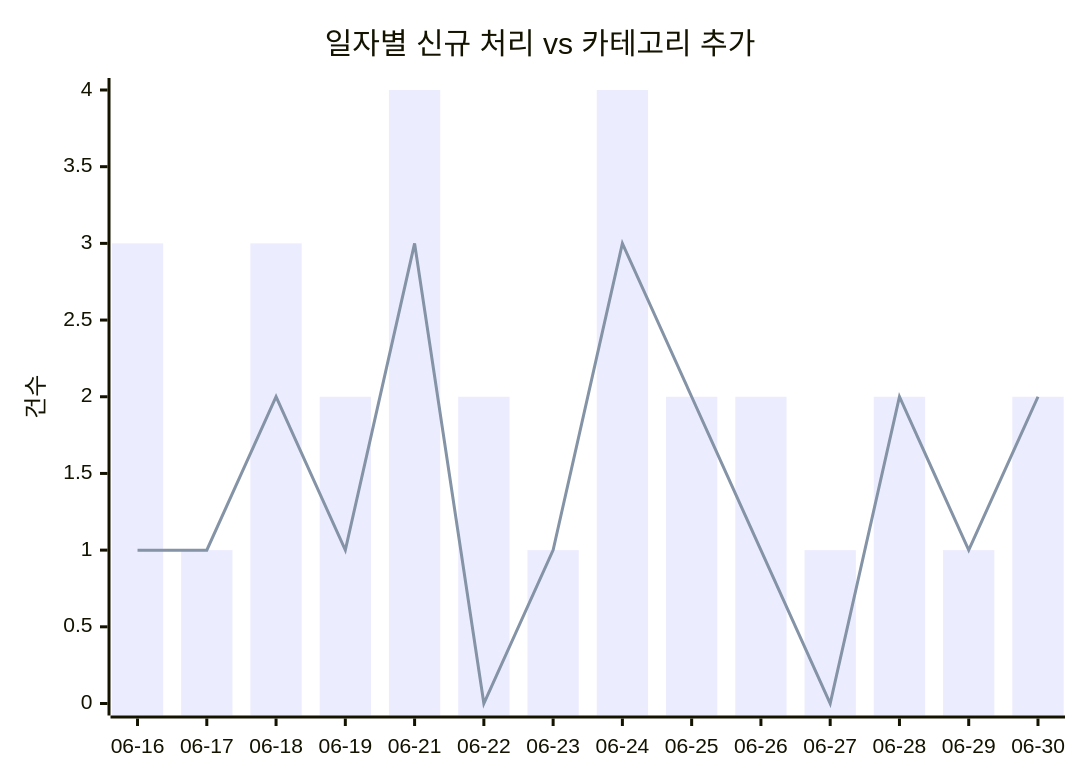
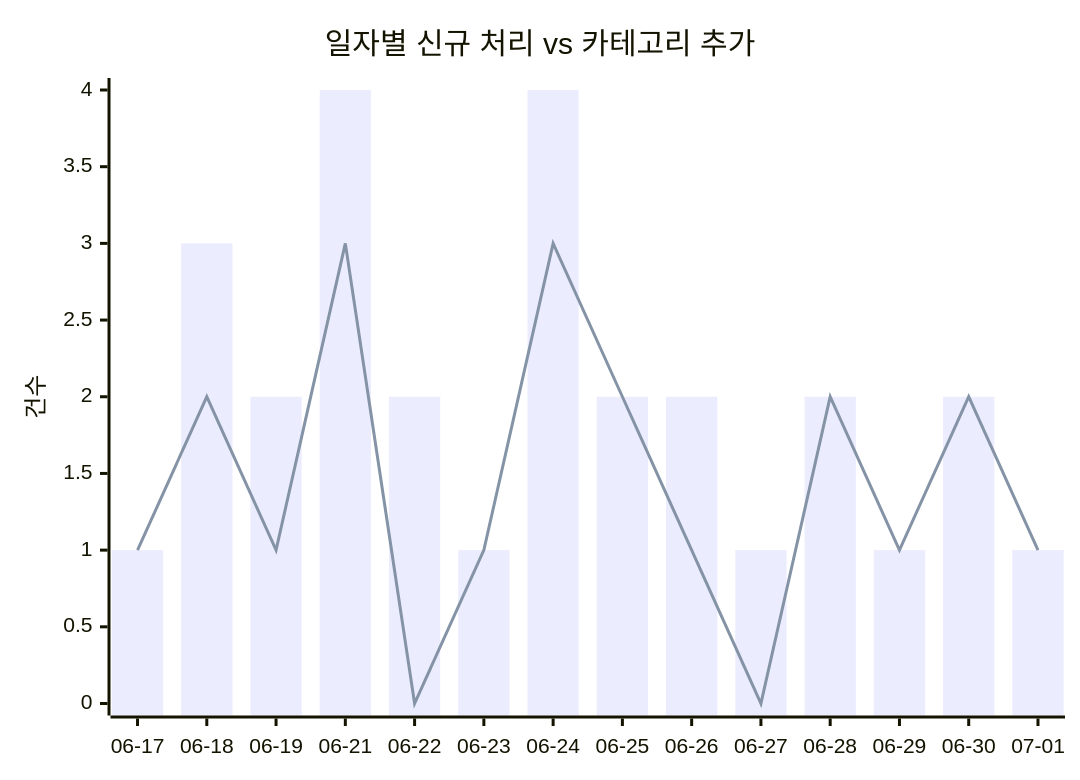
One commit to J-nowcow/awesome-korean-agent-skills changed the first of 2 diagrams in docs/trends.md. Above: the diagram before and after it, drawn with Mermaid. The commit also changed other lines of this file and 4 other files, not shown here.

````diff
--- a/docs/trends.md
+++ b/docs/trends.md
@@ -32,8 +32,8 @@
 ```mermaid
 xychart-beta
     title "일자별 신규 처리 vs 카테고리 추가"
-    x-axis ["06-16","06-17","06-18","06-19","06-21","06-22","06-23","06-24","06-25","06-26","06-27","06-28","06-29","06-30"]
+    x-axis ["06-17","06-18","06-19","06-21","06-22","06-23","06-24","06-25","06-26","06-27","06-28","06-29","06-30","07-01"]
     y-axis "건수"
-    bar [3,1,3,2,4,2,1,4,2,2,1,2,1,2]
-    line [1,1,2,1,3,0,1,3,2,1,0,2,1,2]
+    bar [1,3,2,4,2,1,4,2,2,1,2,1,2,1]
+    line [1,2,1,3,0,1,3,2,1,0,2,1,2,1]
 ```
````
